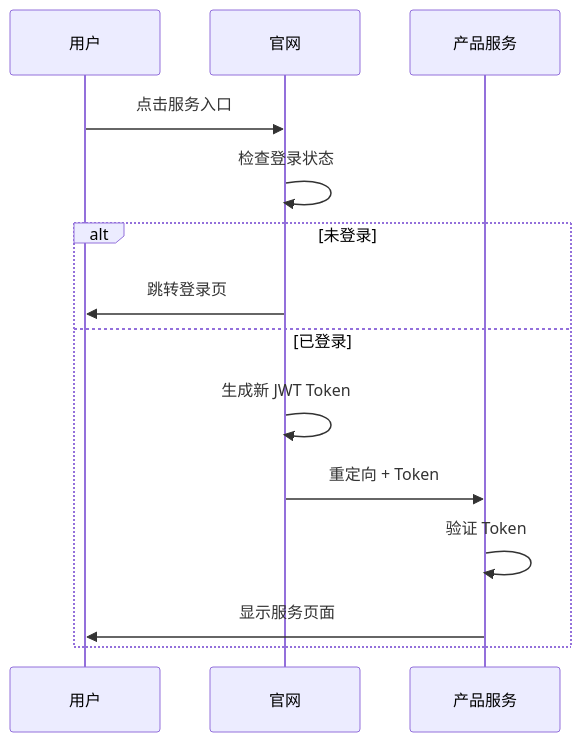
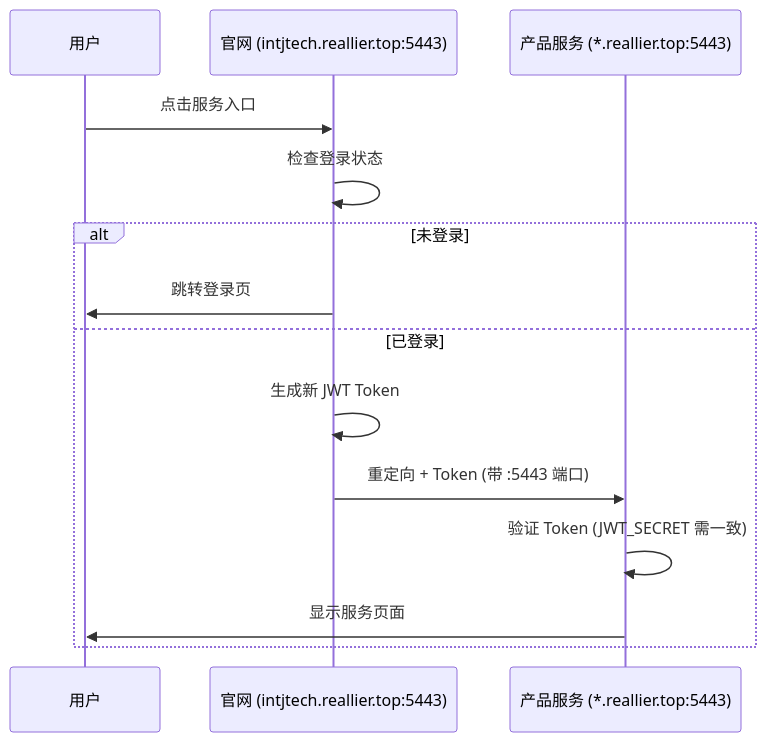
Before and after one commit to Reallier/INTJTech_04: the diagram in docs/modules/services.md, drawn with Mermaid. The commit also changed other lines of this file and 5 other files, not shown here.

````diff
--- a/docs/modules/services.md
+++ b/docs/modules/services.md
@@ -14,17 +17,17 @@
 ```mermaid
 sequenceDiagram
     participant U as 用户
-    participant W as 官网
-    participant S as 产品服务
+    participant W as 官网 (intjtech.reallier.top:5443)
+    participant S as 产品服务 (*.reallier.top:5443)
     
     U->>W: 点击服务入口
     W->>W: 检查登录状态
     alt 未登录
         W->>U: 跳转登录页
     else 已登录
         W->>W: 生成新 JWT Token
-        W->>S: 重定向 + Token
-        S->>S: 验证 Token
+        W->>S: 重定向 + Token (带 :5443 端口)
+        S->>S: 验证 Token (JWT_SECRET 需一致)
         S->>U: 显示服务页面
     end
 ```
````
